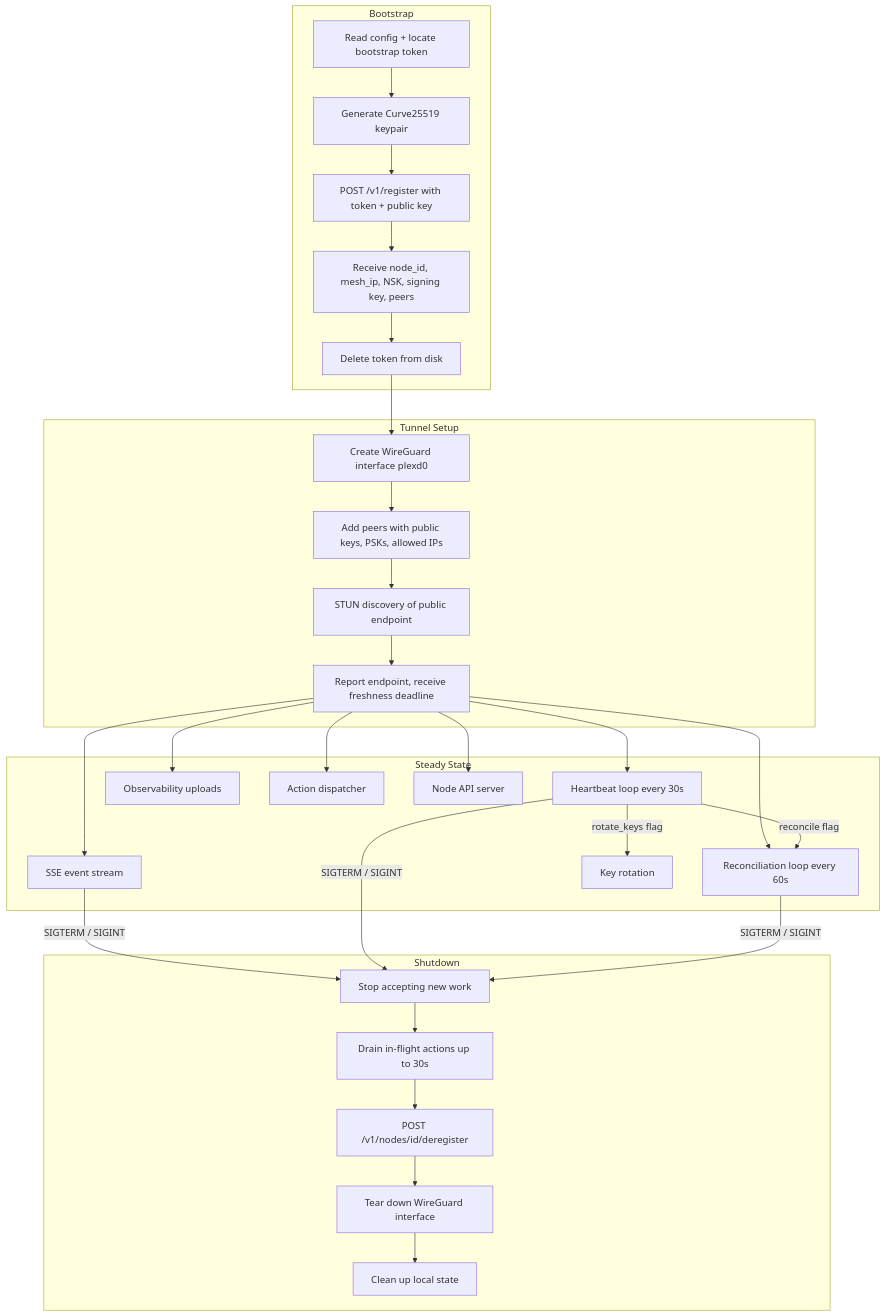
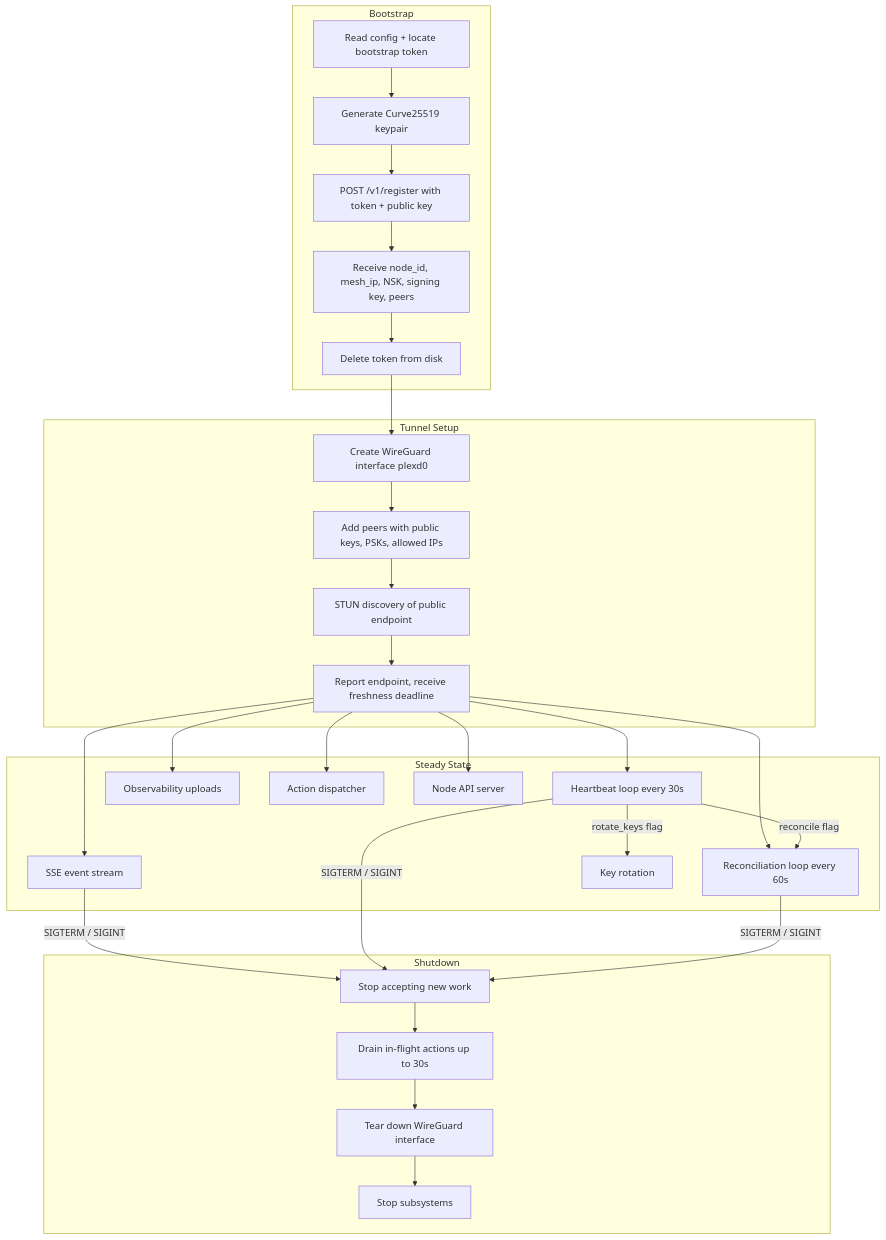
The second of 4 diagrams in docs/guide/platform-communication.md (plexsphere/plexd), drawn with Mermaid before and after one commit. The commit also changed 11 other files, not shown here.

First line of the commit message:
docs: retire mock-era endpoints and document the upgrade flow

````diff
--- a/docs/guide/platform-communication.md
+++ b/docs/guide/platform-communication.md
@@ -72,35 +72,34 @@
 ```mermaid
 flowchart TD
     subgraph Bootstrap
         B1[Read config + locate bootstrap token] --> B2[Generate Curve25519 keypair]
         B2 --> B3[POST /v1/register with token + public key]
         B3 --> B4[Receive node_id, mesh_ip, NSK, signing key, peers]
         B4 --> B5[Delete token from disk]
     end
 
     subgraph Tunnel Setup
         B5 --> T1[Create WireGuard interface plexd0]
         T1 --> T2[Add peers with public keys, PSKs, allowed IPs]
         T2 --> T3[STUN discovery of public endpoint]
         T3 --> T4[Report endpoint, receive freshness deadline]
     end
 
     subgraph Steady State
         T4 --> S1[SSE event stream]
         T4 --> S2[Heartbeat loop every 30s]
         T4 --> S3[Reconciliation loop every 60s]
         S2 -->|reconcile flag| S3
         S2 -->|rotate_keys flag| S4[Key rotation]
         T4 --> S5[Observability uploads]
         T4 --> S6[Action dispatcher]
         T4 --> S7[Node API server]
     end
 
     subgraph Shutdown
         S1 & S2 & S3 -->|SIGTERM / SIGINT| D1[Stop accepting new work]
         D1 --> D2[Drain in-flight actions up to 30s]
-        D2 --> D3[POST /v1/nodes/id/deregister]
-        D3 --> D4[Tear down WireGuard interface]
-        D4 --> D5[Clean up local state]
+        D2 --> D4[Tear down WireGuard interface]
+        D4 --> D5[Stop subsystems]
     end
 ```
````
